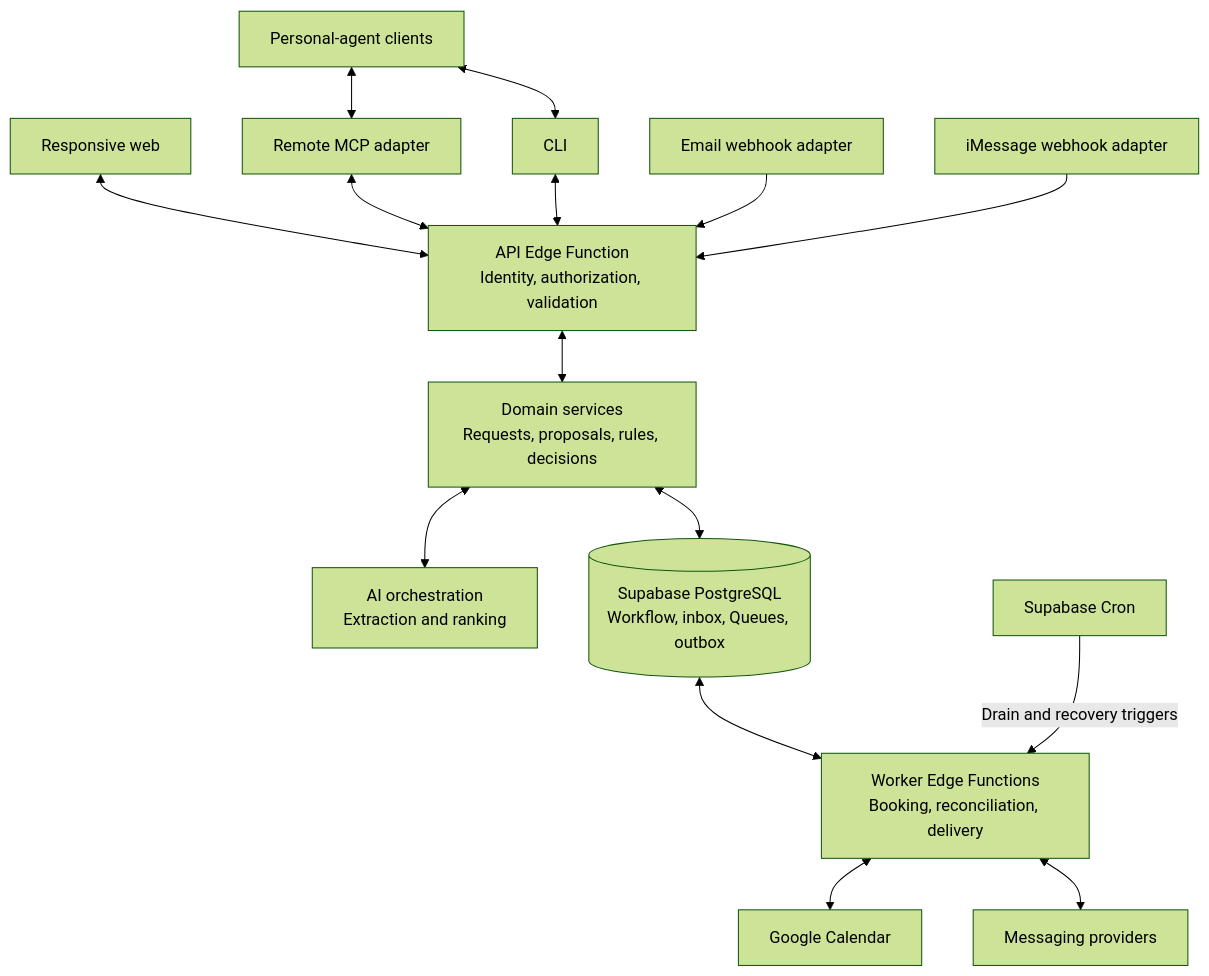
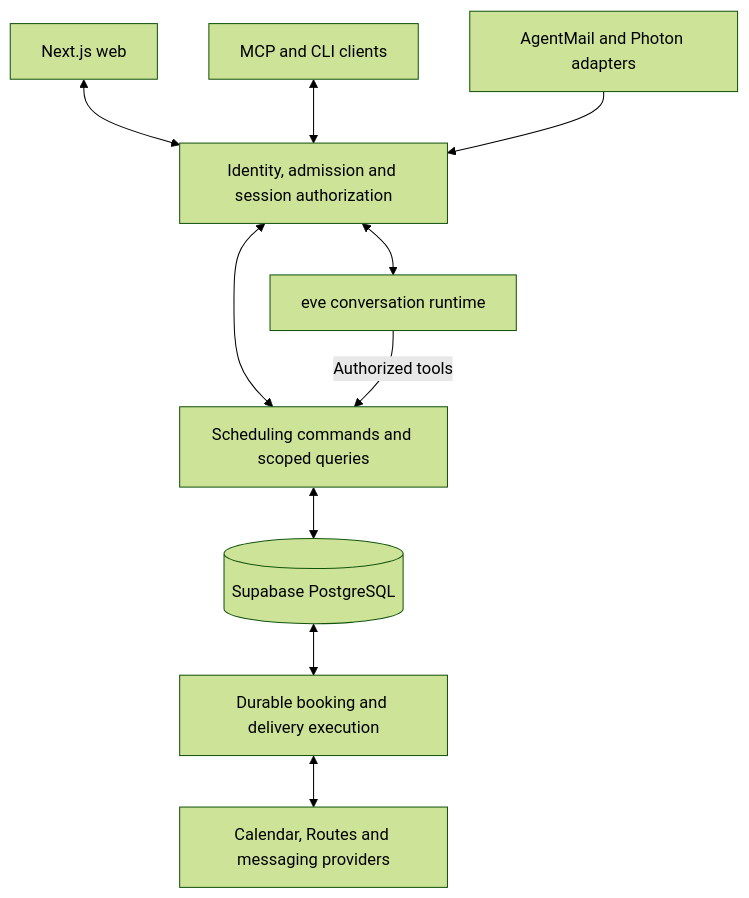
Before and after one commit to snuhcs-course/swpp-2026-project-team-01: the diagram in documentations/03_technical_specification.md, drawn with Mermaid (forest theme). The commit also changed other lines of this file and 237 other files, not shown here.

````diff
--- a/documentations/03_technical_specification.md
+++ b/documentations/03_technical_specification.md
@@ -53,31 +39,21 @@
 ```mermaid
 flowchart TD
-    W[Responsive web]
-    A[Personal-agent clients]
-    M[Remote MCP adapter]
-    C[CLI]
-    E[Email webhook adapter]
-    I[iMessage webhook adapter]
-    API["API Edge Function<br/>Identity, authorization, validation"]
-    D["Domain services<br/>Requests, proposals, rules, decisions"]
-    AI["AI orchestration<br/>Extraction and ranking"]
-    DB[("Supabase PostgreSQL<br/>Workflow, inbox, Queues, outbox")]
-    J["Worker Edge Functions<br/>Booking, reconciliation, delivery"]
-    CR[Supabase Cron]
-    G[Google Calendar]
-    P[Messaging providers]
-    W <--> API
-    A <--> M
-    A <--> C
-    M <--> API
-    C <--> API
-    E --> API
-    I --> API
-    API <--> D
-    D <--> AI
+    W[Next.js web]
+    A[MCP and CLI clients]
+    C[AgentMail and Photon adapters]
+    I[Identity, admission and session authorization]
+    E[eve conversation runtime]
+    D[Scheduling commands and scoped queries]
+    DB[(Supabase PostgreSQL)]
+    J[Durable booking and delivery execution]
+    P[Calendar, Routes and messaging providers]
+    W <--> I
+    A <--> I
+    C --> I
+    I <--> E
+    I <--> D
+    E -->|Authorized tools| D
     D <--> DB
     DB <--> J
-    CR -->|Drain and recovery triggers| J
-    J <--> G
     J <--> P
 ```
````
